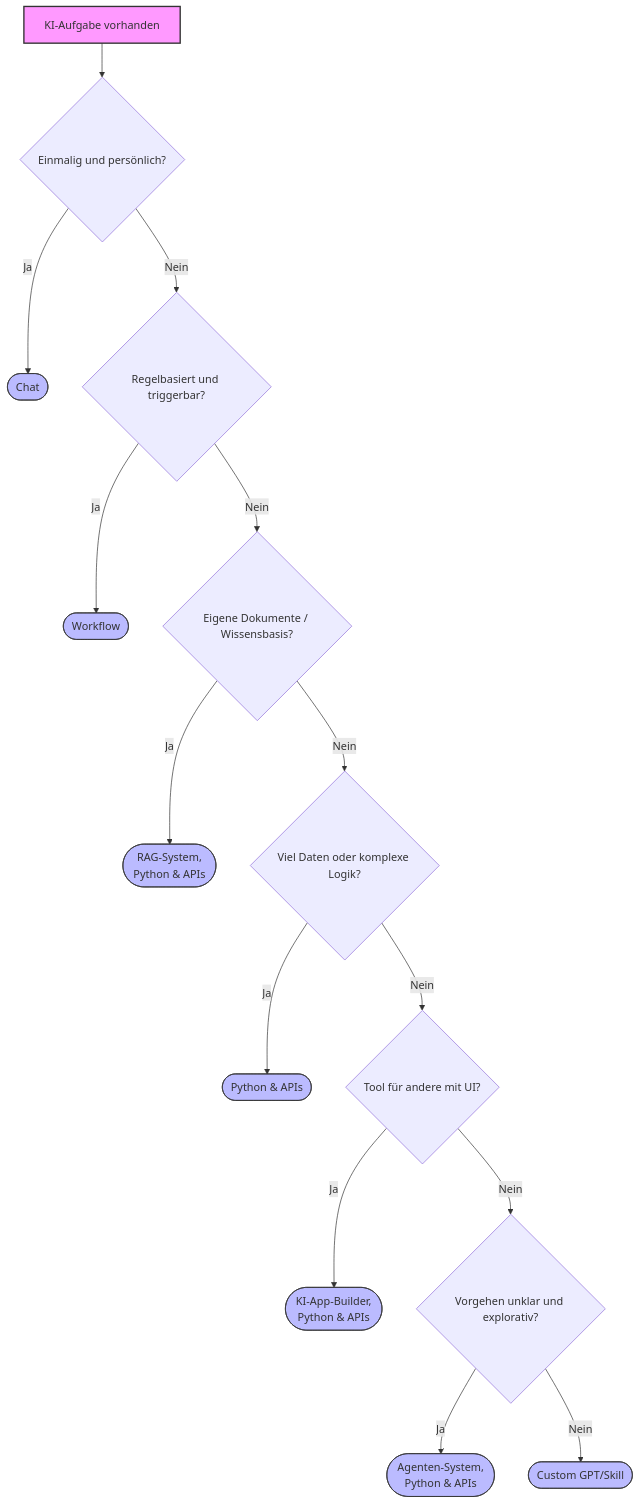
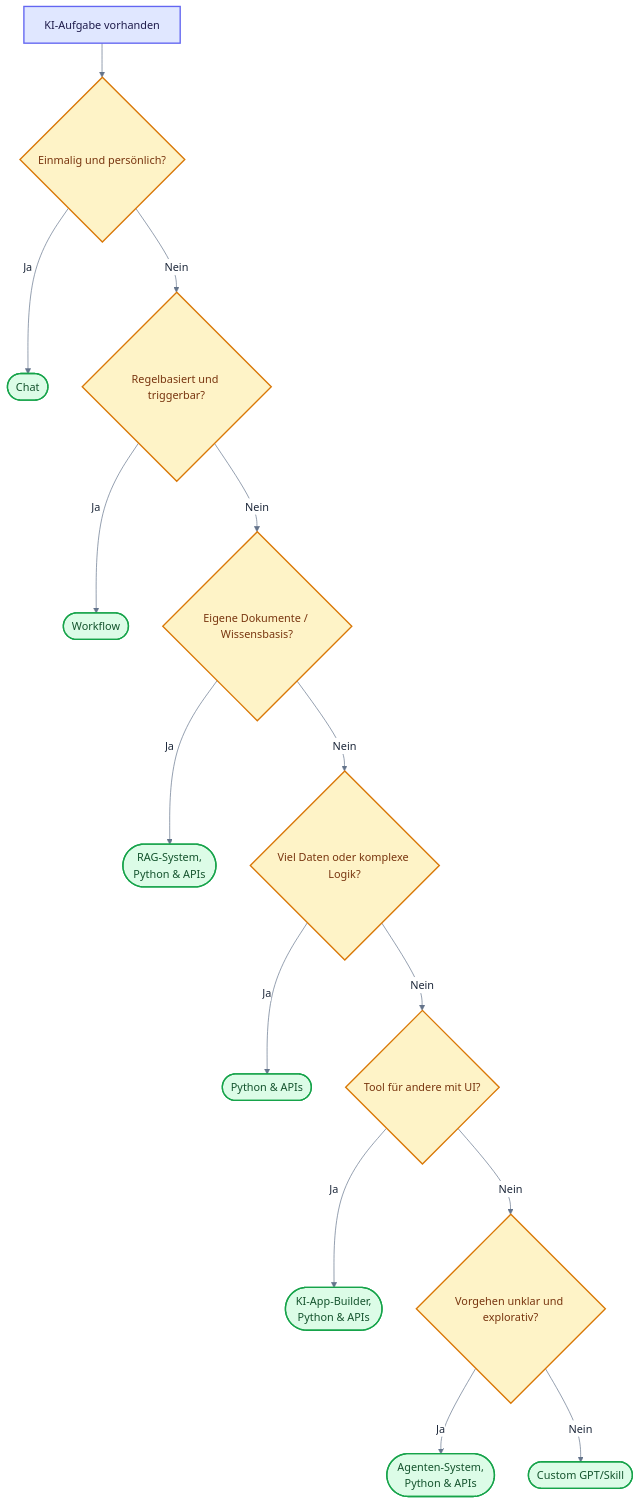
Before and after one commit to ralf-42/GenAI: the diagram in docs/02-orientierung/aufgabenklassen-und-loesungswege.md, drawn with Mermaid. The commit also changed 25 other files, not shown here.

````diff
--- a/docs/02-orientierung/aufgabenklassen-und-loesungswege.md
+++ b/docs/02-orientierung/aufgabenklassen-und-loesungswege.md
@@ -270,21 +270,42 @@
 ```mermaid
+---
+config:
+  theme: base
+  look: classic
+  themeVariables:
+    primaryColor: '#e0f2fe'
+    primaryBorderColor: '#0284c7'
+    primaryTextColor: '#1e293b'
+    lineColor: '#64748b'
+    clusterBkg: '#f8fafc'
+    clusterBorder: '#cbd5e1'
+    noteBkgColor: '#fef3c7'
+    noteBorderColor: '#d97706'
+    noteTextColor: '#78350f'
+    edgeLabelBackground: '#ffffff'
+---
+
 flowchart TD
     A[KI-Aufgabe vorhanden] --> B{Einmalig und persönlich?}
     B -->|Ja| B1([Chat])
     B -->|Nein| C{Regelbasiert und triggerbar?}
     C -->|Ja| C1([Workflow])
     C -->|Nein| D{Eigene Dokumente / Wissensbasis?}
     D -->|Ja| D1([RAG-System,<br>Python & APIs])
     D -->|Nein| E{Viel Daten oder komplexe Logik?}
     E -->|Ja| E1([Python & APIs])
     E -->|Nein| F{Tool für andere mit UI?}
     F -->|Ja| F1([KI-App-Builder, <br>Python & APIs])
     F -->|Nein| G{Vorgehen unklar und explorativ?}
     G -->|Ja| G1([Agenten-System, <br>Python & APIs])
     G -->|Nein| H1([Custom GPT/Skill])
 
-    classDef start fill:#f9f,stroke:#333,stroke-width:2px
-    classDef solution fill:#bbf,stroke:#333,stroke-width:1px
-    class A start
-    class B1,C1,D1,E1,F1,G1,H1 solution
+%% Funktionsfarben nach Mermaid_Best_Practices.md
+classDef default fill:#e0f2fe,stroke:#0284c7,stroke-width:2px,color:#0c4a6e;
+classDef input fill:#e0e7ff,stroke:#6366f1,stroke-width:2px,color:#1e1b4b;
+classDef metric fill:#fef3c7,stroke:#d97706,stroke-width:2px,color:#78350f;
+classDef output fill:#dcfce7,stroke:#16a34a,stroke-width:2px,color:#14532d;
+class A input;
+class B,C,D,E,F,G metric;
+class B1,C1,D1,E1,F1,G1,H1 output;
 ```
````
